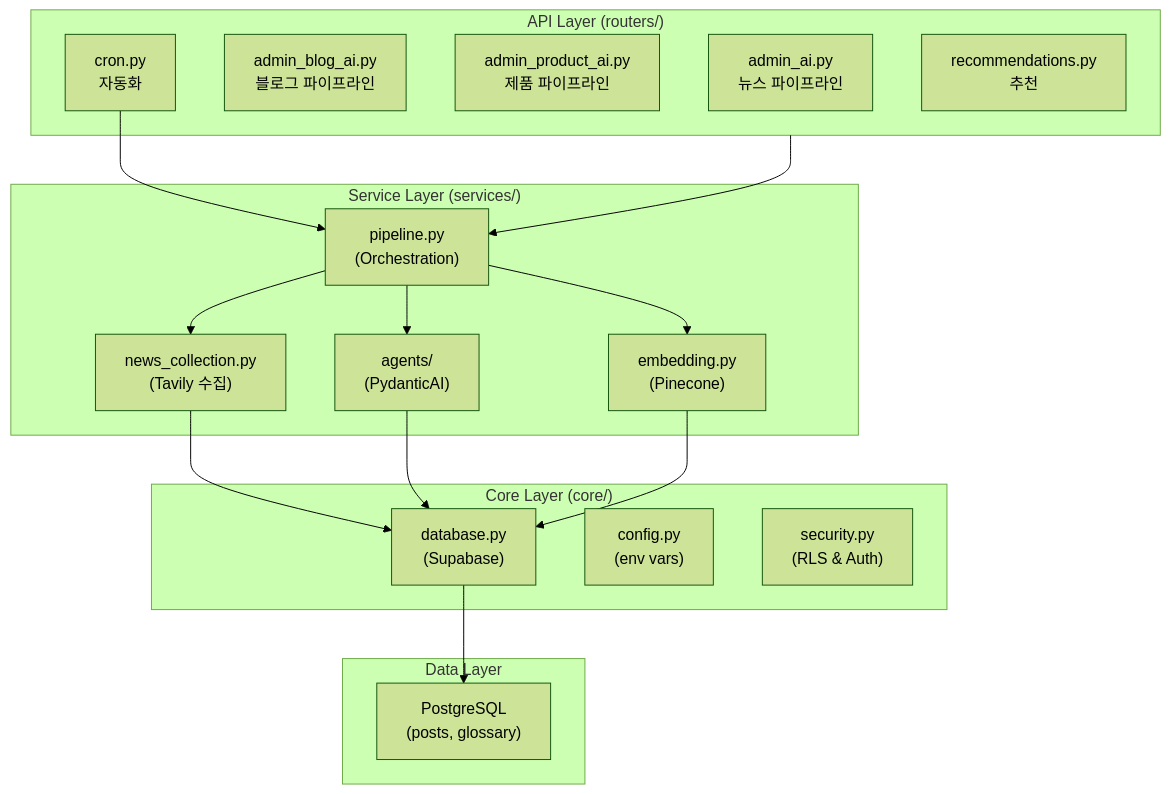
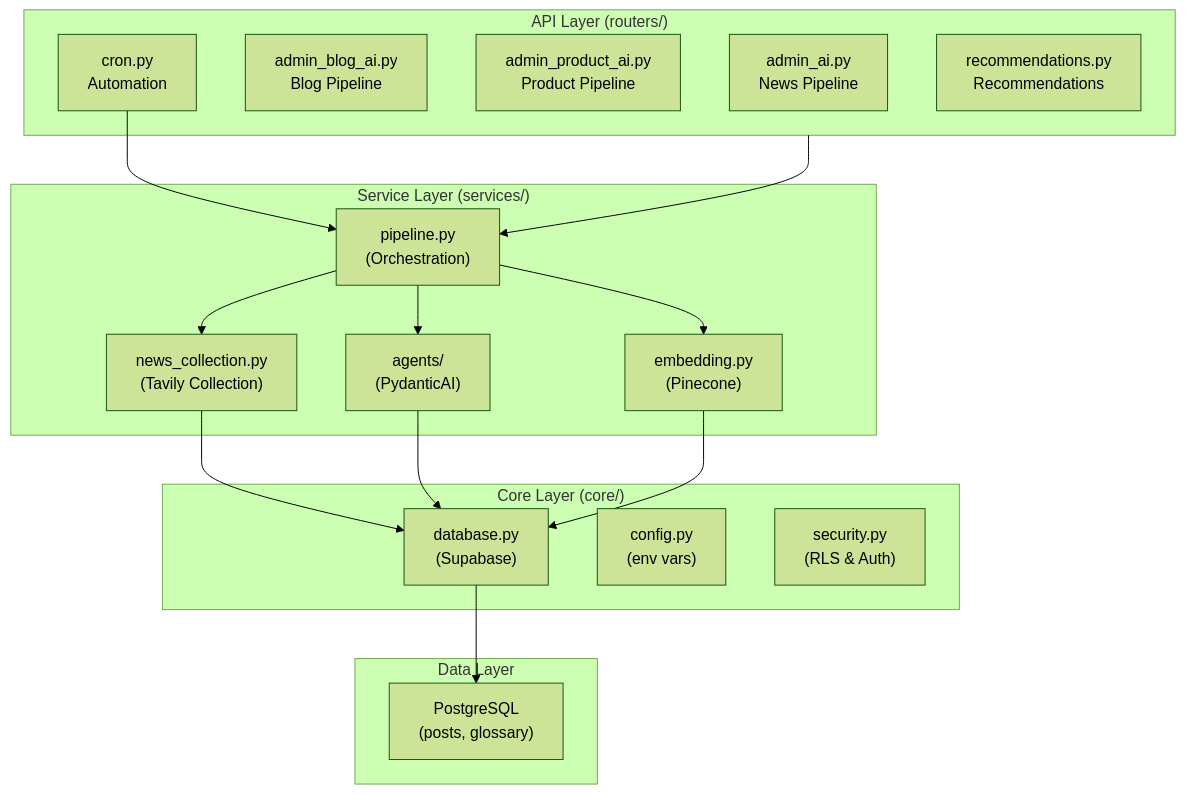
Before and after one commit to x0to1log/0to1log: the first of 4 diagrams in ARCHITECTURE.md, drawn with Mermaid (forest theme). The commit also changed other lines of this file and 5 other files, not shown here.

Commit message:
docs: bilingual documentation - add English ARCHITECTURE.md & backend/CLAUDE.md, split Korean versions

````diff
--- a/ARCHITECTURE.md
+++ b/ARCHITECTURE.md
@@ -14,37 +14,37 @@
 ```mermaid
 graph TB
     subgraph API["API Layer (routers/)"]
-        AdminAI["admin_ai.py<br/>뉴스 파이프라인"]
-        AdminBlog["admin_blog_ai.py<br/>블로그 파이프라인"]
-        AdminProd["admin_product_ai.py<br/>제품 파이프라인"]
-        Cron["cron.py<br/>자동화"]
-        Recommend["recommendations.py<br/>추천"]
+        AdminAI["admin_ai.py<br/>News Pipeline"]
+        AdminBlog["admin_blog_ai.py<br/>Blog Pipeline"]
+        AdminProd["admin_product_ai.py<br/>Product Pipeline"]
+        Cron["cron.py<br/>Automation"]
+        Recommend["recommendations.py<br/>Recommendations"]
     end
     
     subgraph Service["Service Layer (services/)"]
         Pipeline["pipeline.py<br/>(Orchestration)"]
-        NewsCol["news_collection.py<br/>(Tavily 수집)"]
+        NewsCol["news_collection.py<br/>(Tavily Collection)"]
         Agents["agents/<br/>(PydanticAI)"]
         Embed["embedding.py<br/>(Pinecone)"]
     end
     
     subgraph Core["Core Layer (core/)"]
         DB["database.py<br/>(Supabase)"]
         Config["config.py<br/>(env vars)"]
         Security["security.py<br/>(RLS & Auth)"]
     end
     
     subgraph Data["Data Layer"]
         PG["PostgreSQL<br/>(posts, glossary)"]
     end
     
     API --> Pipeline
     Cron --> Pipeline
     Pipeline --> NewsCol
     Pipeline --> Agents
     Pipeline --> Embed
     NewsCol --> DB
     Agents --> DB
     Embed --> DB
     DB --> PG
 ```
````
